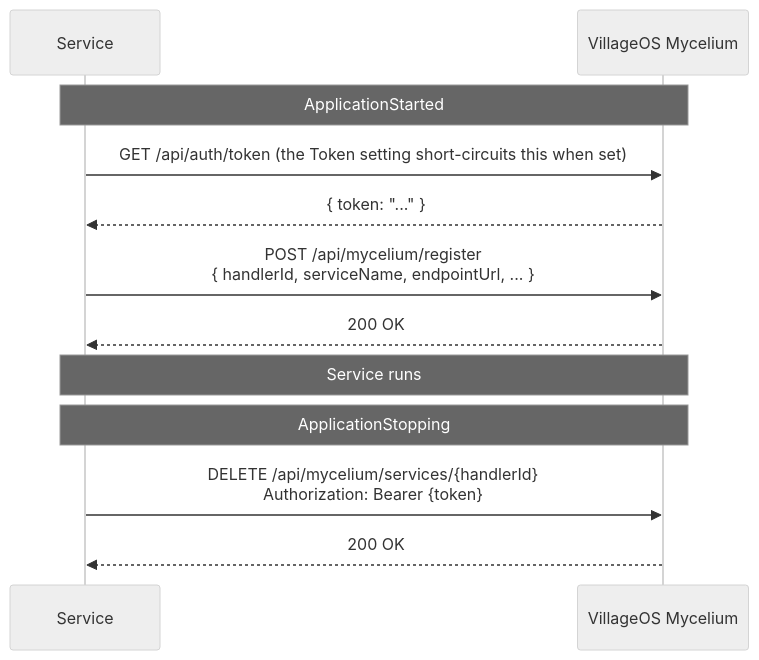
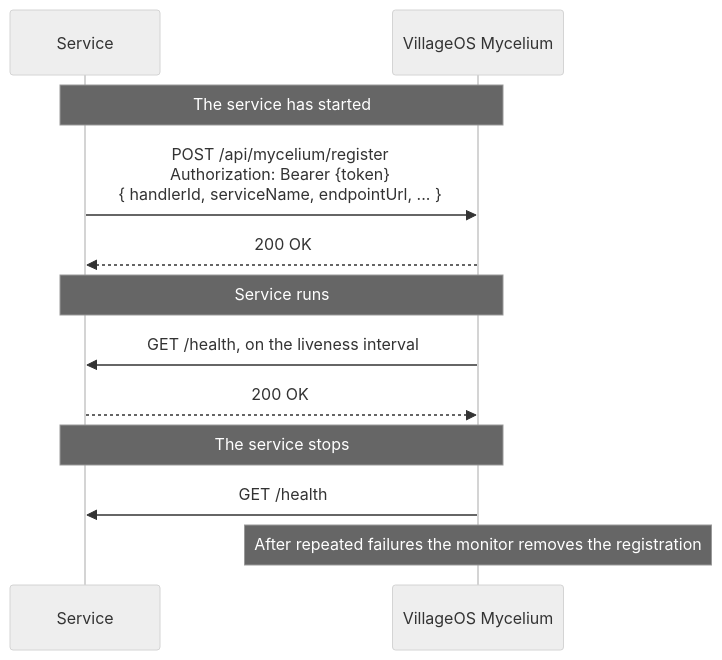
The first of 3 diagrams in docs/SERVICES.md (ReGen-Villages/VillageOS-API), drawn with Mermaid (neutral theme) before and after one commit. The commit also changed other lines of this file and 35 other files, not shown here.

````diff
--- a/docs/SERVICES.md
+++ b/docs/SERVICES.md
@@ -248,17 +252,17 @@
 ```mermaid
 sequenceDiagram
     participant MS as Service
     participant B  as VillageOS Mycelium
 
-    Note over MS,B: ApplicationStarted
-    MS->>B: GET /api/auth/token (the Token setting short-circuits this when set)
-    B-->>MS: { token: "..." }
-    MS->>B: POST /api/mycelium/register<br/>{ handlerId, serviceName, endpointUrl, ... }
+    Note over MS,B: The service has started
+    MS->>B: POST /api/mycelium/register<br/>Authorization: Bearer {token}<br/>{ handlerId, serviceName, endpointUrl, ... }
     B-->>MS: 200 OK
 
     Note over MS,B: Service runs
+    B->>MS: GET /health, on the liveness interval
+    MS-->>B: 200 OK
 
-    Note over MS,B: ApplicationStopping
-    MS->>B: DELETE /api/mycelium/services/{handlerId}<br/>Authorization: Bearer {token}
-    B-->>MS: 200 OK
+    Note over MS,B: The service stops
+    B->>MS: GET /health
+    Note over B: After repeated failures the monitor removes the registration
 ```
````
